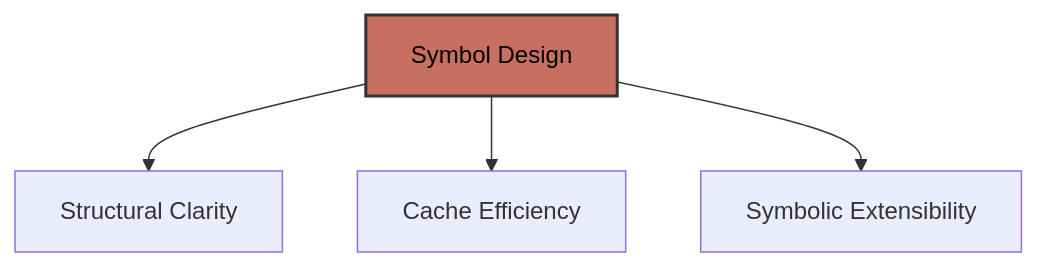
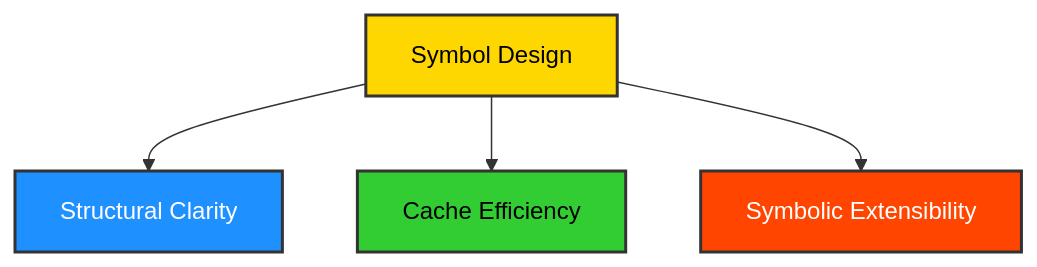
The third of 3 diagrams in docs/readme_details/13_conclusion/index.md (ikko/sym), drawn with Mermaid before and after one commit. The commit also changed other lines of this file and 10 other files, not shown here.

````diff
--- a/docs/readme_details/13_conclusion/index.md
+++ b/docs/readme_details/13_conclusion/index.md
@@ -52,10 +58,11 @@
 ```mermaid
 graph TD
     A[Symbol Design] --> B[Structural Clarity];
     A --> C[Cache Efficiency];
     A --> D[Symbolic Extensibility];
 
-    style A fill:#c76f60,stroke:#333,stroke-width:2px,color:#000000;
-
-    style A fill:#c76f60,stroke:#333,stroke-width:2px,color:#000000;
+    style A fill:#FFD700,stroke:#333,stroke-width:2px,color:#000000;
+    style B fill:#1E90FF,stroke:#333,stroke-width:2px,color:#FFFFFF;
+    style C fill:#32CD32,stroke:#333,stroke-width:2px,color:#000000;
+    style D fill:#FF4500,stroke:#333,stroke-width:2px,color:#FFFFFF;
 ```
````
